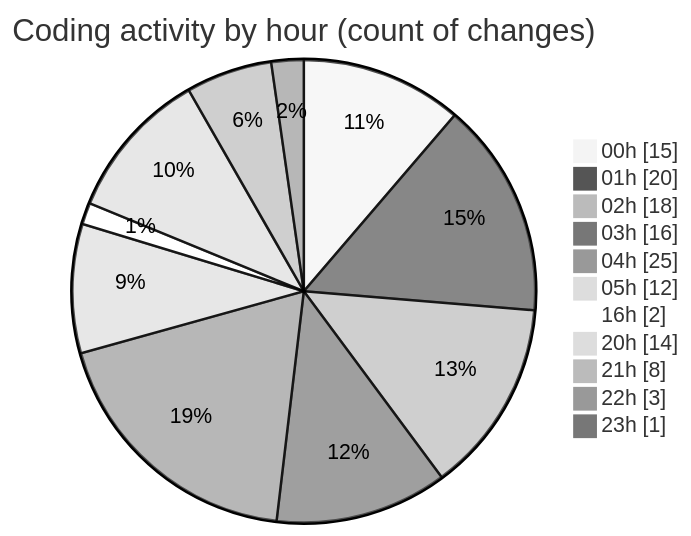
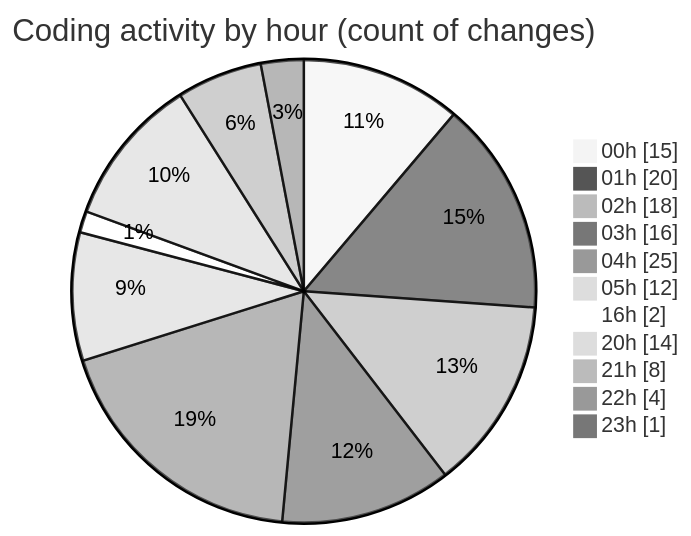
Before and after one commit to lephambinh05/code-tracking: the second of 2 diagrams in 2025-08-04/studybuddy/README.md, drawn with Mermaid (neutral theme). The commit also changed other lines of this file and 1 other file, not shown here.

````diff
--- a/2025-08-04/studybuddy/README.md
+++ b/2025-08-04/studybuddy/README.md
@@ -59,15 +59,15 @@
 ```mermaid
 pie showData
 title Coding activity by hour (count of changes)
 "00h" : 15
 "01h" : 20
 "02h" : 18
 "03h" : 16
 "04h" : 25
 "05h" : 12
 "16h" : 2
 "20h" : 14
 "21h" : 8
-"22h" : 3
+"22h" : 4
 "23h" : 1
 ```
````
